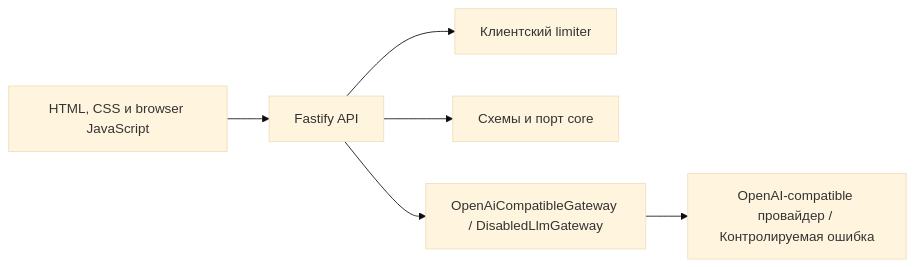
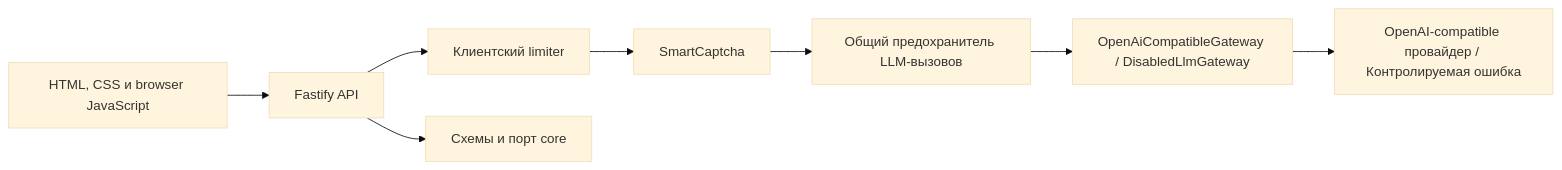
Before and after one commit to ashikov/uo-request-generator: the diagram in docs/ARCHITECTURE.md, drawn with Mermaid (base theme). The commit also changed other lines of this file and 15 other files, not shown here.

Commit message:
feat(web): add global LLM call safeguard

````diff
--- a/docs/ARCHITECTURE.md
+++ b/docs/ARCHITECTURE.md
@@ -8,8 +8,10 @@
 ```mermaid
 flowchart LR
     Browser[HTML, CSS и browser JavaScript] --> Route[Fastify API]
     Route --> Limiter[Клиентский limiter]
+    Limiter --> Captcha[SmartCaptcha]
+    Captcha --> Safeguard[Общий предохранитель LLM-вызовов]
+    Safeguard --> Adapter[OpenAiCompatibleGateway / DisabledLlmGateway]
     Route --> Core[Схемы и порт core]
-    Route --> Adapter[OpenAiCompatibleGateway / DisabledLlmGateway]
     Adapter --> LLM[OpenAI-compatible провайдер / Контролируемая ошибка]
 ```
````
